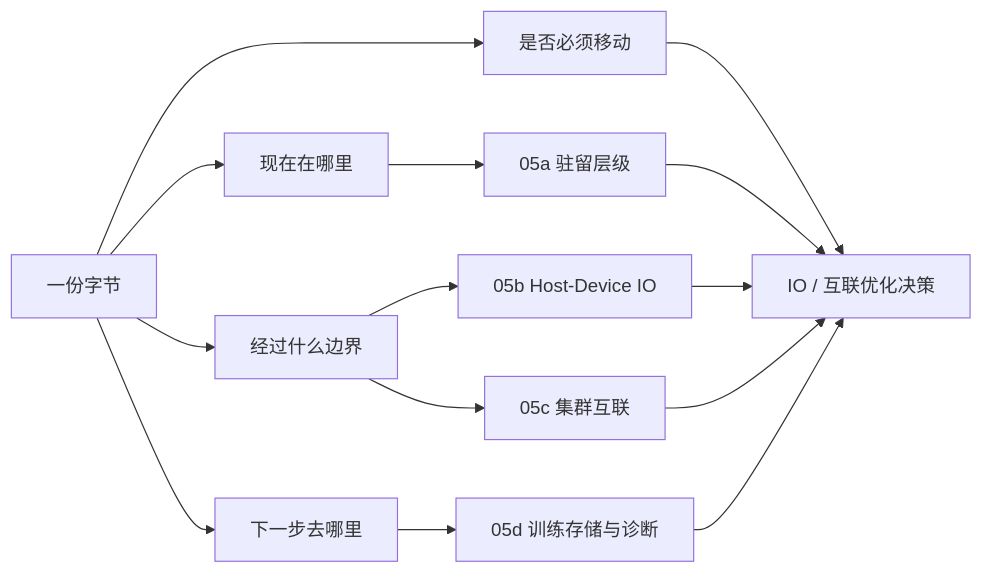
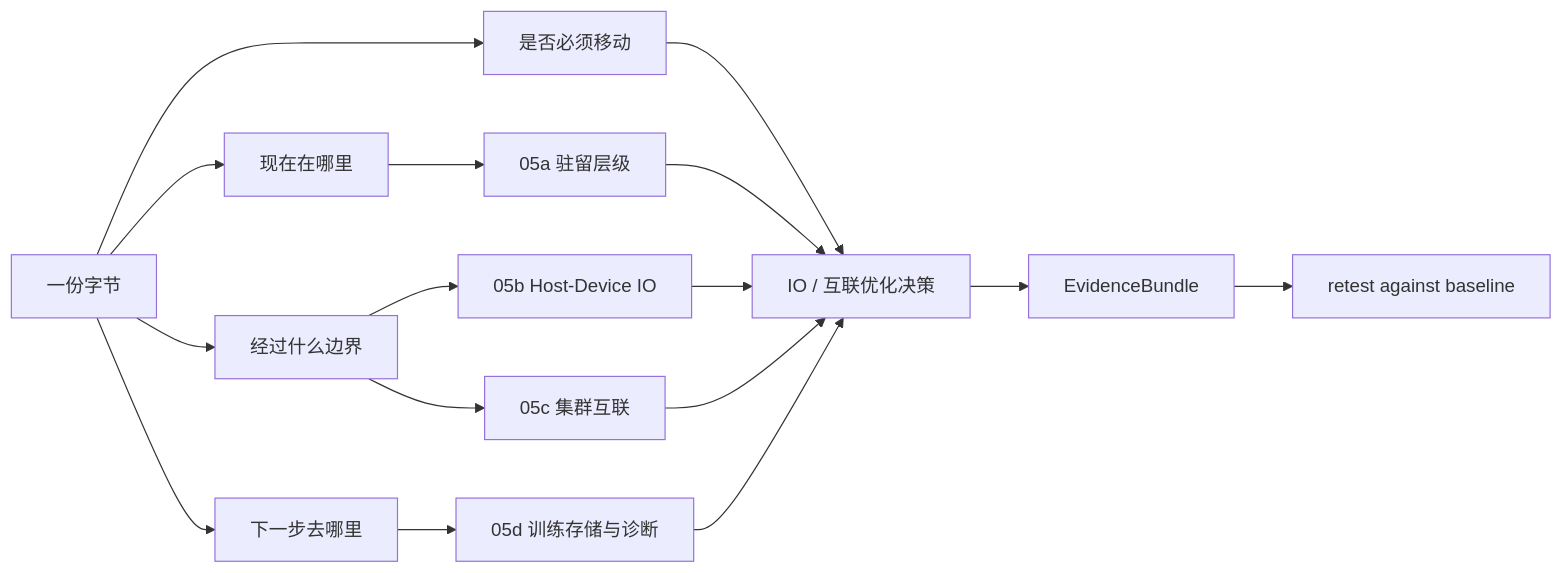
The diagram in ai-infra-tutorial/part2-systems-stack/05-memory-interconnect-io.md (qxhy123/learn), drawn with Mermaid before and after one commit. The commit also changed other lines of this file and 4 other files, not shown here.

````diff
--- a/ai-infra-tutorial/part2-systems-stack/05-memory-interconnect-io.md
+++ b/ai-infra-tutorial/part2-systems-stack/05-memory-interconnect-io.md
@@ -41,17 +69,19 @@
 ```mermaid
 flowchart LR
   Data[一份字节] --> Where[现在在哪里]
   Data --> Next[下一步去哪里]
   Data --> Boundary[经过什么边界]
   Data --> Avoid[是否必须移动]
 
   Where --> A[05a 驻留层级]
   Boundary --> B[05b Host-Device IO]
   Boundary --> C[05c 集群互联]
   Next --> D[05d 训练存储与诊断]
   Avoid --> Decision[IO / 互联优化决策]
+  Decision --> Evidence[EvidenceBundle]
+  Evidence --> Retest[retest against baseline]
   A --> Decision
   B --> Decision
   C --> Decision
   D --> Decision
 ```
````
